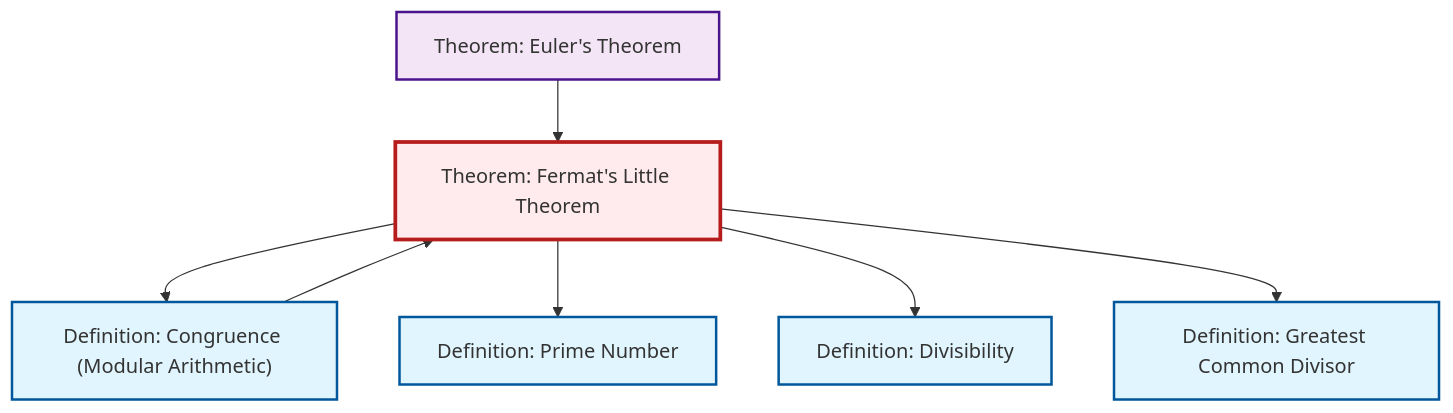
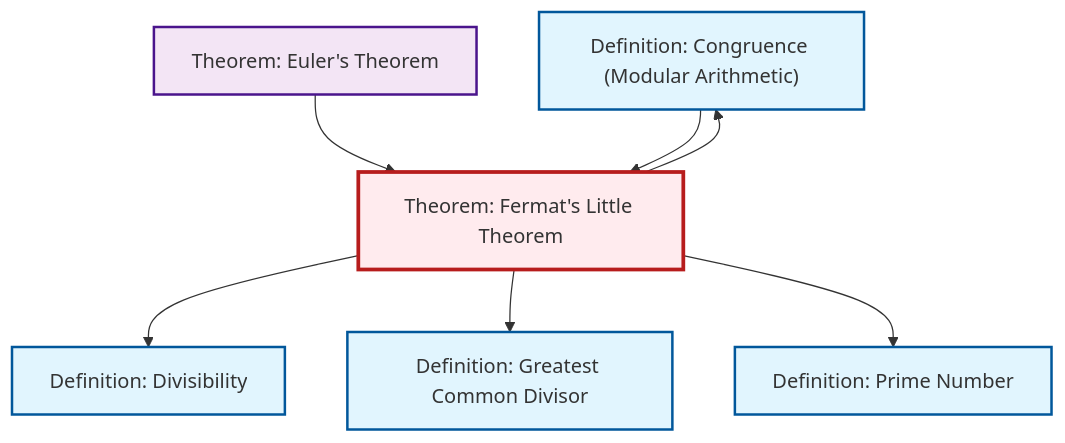
Before and after one commit to RK0429/ModernMath: the diagram in content/en/number-theory/thm-fermat-little.qmd, drawn with Mermaid. The commit also changed other lines of this file and 581 other files, not shown here.

````diff
--- a/content/en/number-theory/thm-fermat-little.qmd
+++ b/content/en/number-theory/thm-fermat-little.qmd
@@ -89,27 +90,27 @@
 ```{mermaid}
 %%| fig-cap: "Local dependency graph"
 graph TD
     classDef definition fill:#e1f5fe,stroke:#01579b,stroke-width:2px
     classDef theorem fill:#f3e5f5,stroke:#4a148c,stroke-width:2px
     classDef axiom fill:#fff3e0,stroke:#e65100,stroke-width:2px
     classDef example fill:#e8f5e9,stroke:#1b5e20,stroke-width:2px
     classDef current fill:#ffebee,stroke:#b71c1c,stroke-width:3px
+    def-divisibility["Definition: Divisibility"]:::definition
     def-prime["Definition: Prime Number"]:::definition
-    def-divisibility["Definition: Divisibility"]:::definition
+    def-congruence["Definition: Congruence (Modular Arithmetic)"]:::definition
     thm-euler["Theorem: Euler's Theorem"]:::theorem
+    def-gcd["Definition: Greatest Common Divisor"]:::definition
     thm-fermat-little["Theorem: Fermat's Little Theorem"]:::theorem
-    def-congruence["Definition: Congruence (Modular Arithmetic)"]:::definition
-    def-gcd["Definition: Greatest Common Divisor"]:::definition
     thm-fermat-little --> def-congruence
+    thm-euler --> thm-fermat-little
+    thm-fermat-little --> def-divisibility
+    thm-fermat-little --> def-gcd
     thm-fermat-little --> def-prime
-    thm-fermat-little --> def-divisibility
-    thm-euler --> thm-fermat-little
     def-congruence --> thm-fermat-little
-    thm-fermat-little --> def-gcd
     class thm-fermat-little current
+    click def-divisibility "def-divisibility.html" "Go to Divisibility definition"
     click def-prime "def-prime.html" "Go to Prime Number definition"
-    click def-divisibility "def-divisibility.html" "Go to Divisibility definition"
+    click def-congruence "def-congruence.html" "Go to Congruence (Modular Arithmetic) definition"
     click thm-euler "thm-euler.html" "Go to Euler's Theorem theorem"
-    click def-congruence "def-congruence.html" "Go to Congruence (Modular Arithmetic) definition"
     click def-gcd "def-gcd.html" "Go to Greatest Common Divisor definition"
 ```
````
